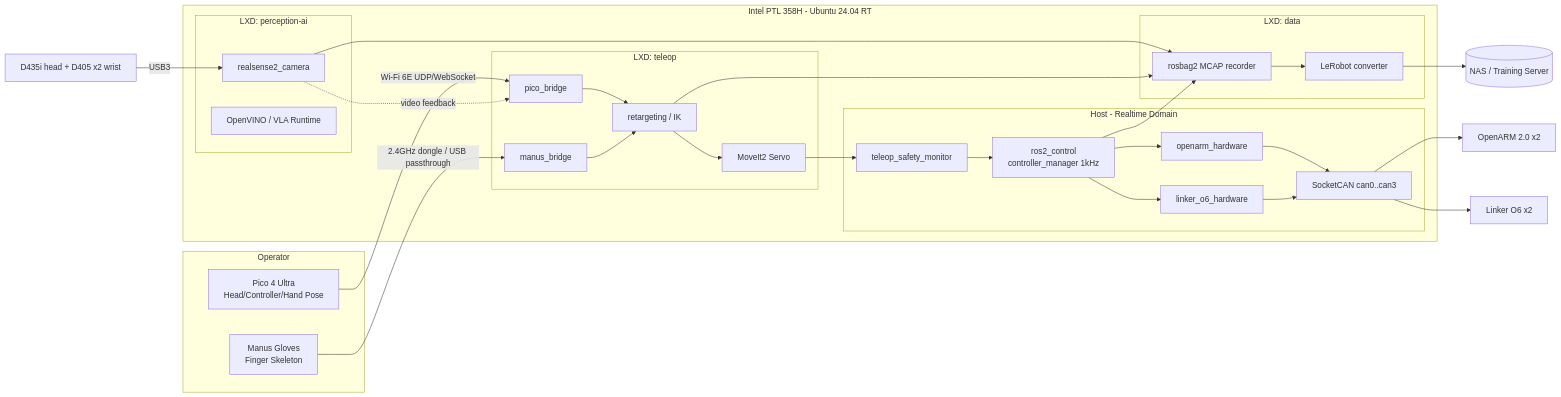
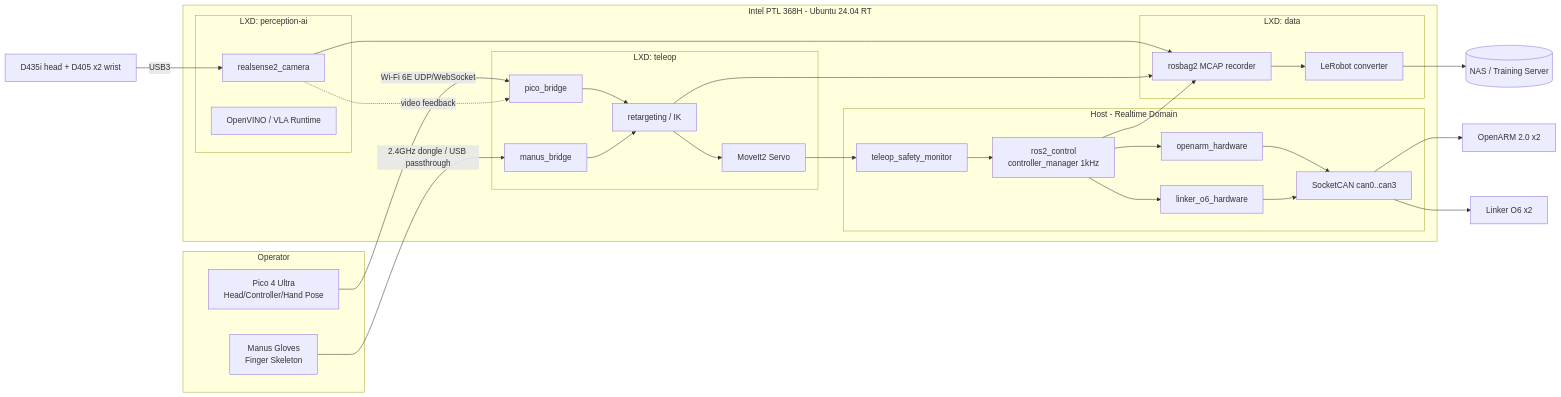
The first of 3 diagrams in docs/plan.md (yanghc18/intel-teleop-data-collection), drawn with Mermaid before and after one commit. The commit also changed other lines of this file and 1 other file, not shown here.

Commit message:
Docs: CPU model 368H; remove Isaac Sim Bridge and risk list from architecture request

````diff
--- a/docs/plan.md
+++ b/docs/plan.md
@@ -31,48 +31,48 @@
 ```mermaid
 flowchart LR
   subgraph Operator
     PICO[Pico 4 Ultra<br/>Head/Controller/Hand Pose]
     MANUS[Manus Gloves<br/>Finger Skeleton]
   end
-  subgraph PTL[Intel PTL 358H - Ubuntu 24.04 RT]
+  subgraph PTL[Intel PTL 368H - Ubuntu 24.04 RT]
     subgraph HOST[Host - Realtime Domain]
       CAN[SocketCAN can0..can3]
       RC[ros2_control<br/>controller_manager 1kHz]
       HWA[openarm_hardware]
       HWL[linker_o6_hardware]
       SAFE[teleop_safety_monitor]
     end
     subgraph LXD_TELEOP[LXD: teleop]
       PB[pico_bridge]
       MB[manus_bridge]
       RT[retargeting / IK]
       MV[MoveIt2 Servo]
     end
     subgraph LXD_PERC[LXD: perception-ai]
       RS[realsense2_camera]
       OV[OpenVINO / VLA Runtime]
     end
     subgraph LXD_DATA[LXD: data]
       REC[rosbag2 MCAP recorder]
       CONV[LeRobot converter]
     end
   end
   OPENARM[OpenARM 2.0 x2]
   O6[Linker O6 x2]
   CAMS[D435i head + D405 x2 wrist]
   NAS[(NAS / Training Server)]
 
   PICO -- Wi-Fi 6E UDP/WebSocket --> PB
   MANUS -- 2.4GHz dongle / USB passthrough --> MB
   PB --> RT
   MB --> RT
   RT --> MV --> SAFE --> RC
   RC --> HWA --> CAN --> OPENARM
   RC --> HWL --> CAN --> O6
   CAMS -- USB3 --> RS
   RS --> REC
   RC --> REC
   RT --> REC
   REC --> CONV --> NAS
   RS -. video feedback .-> PB
 ```
````
